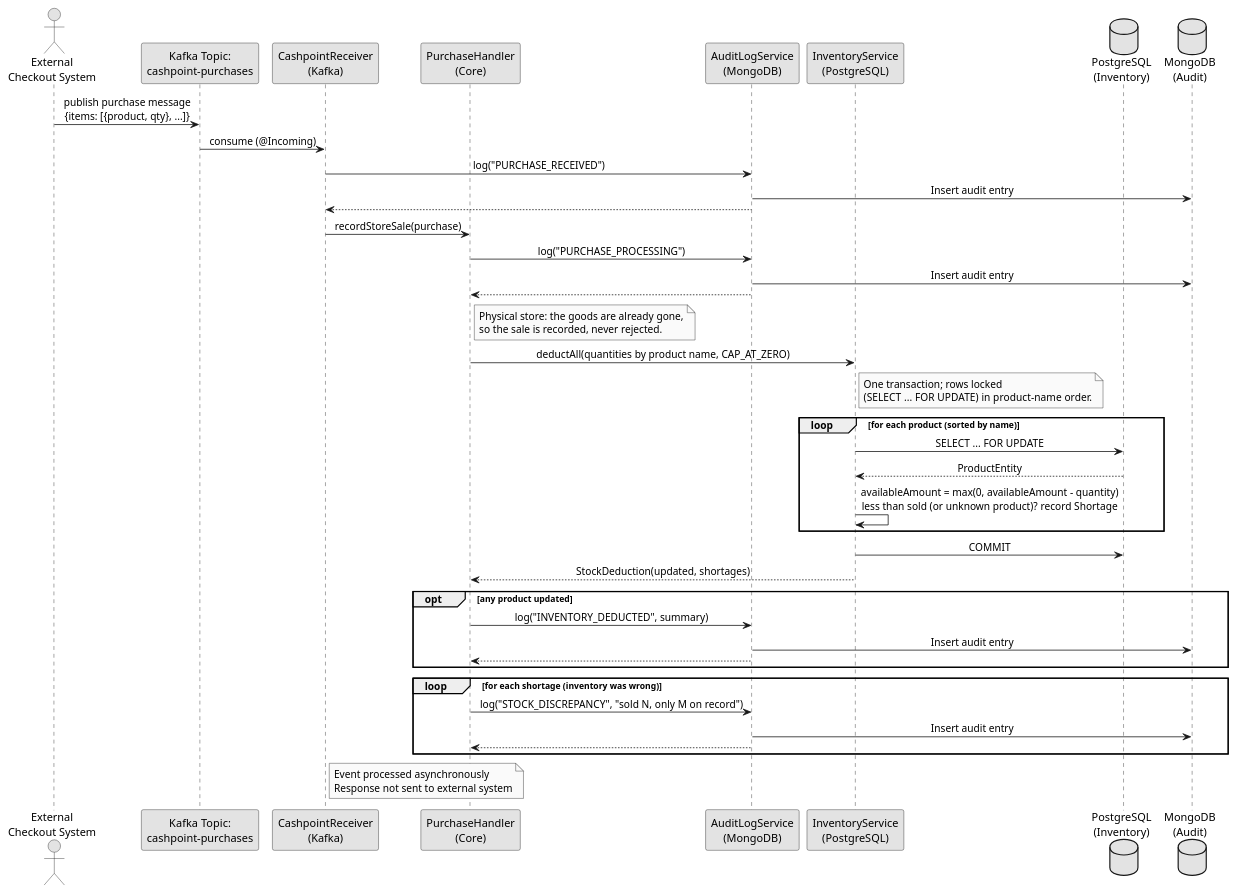
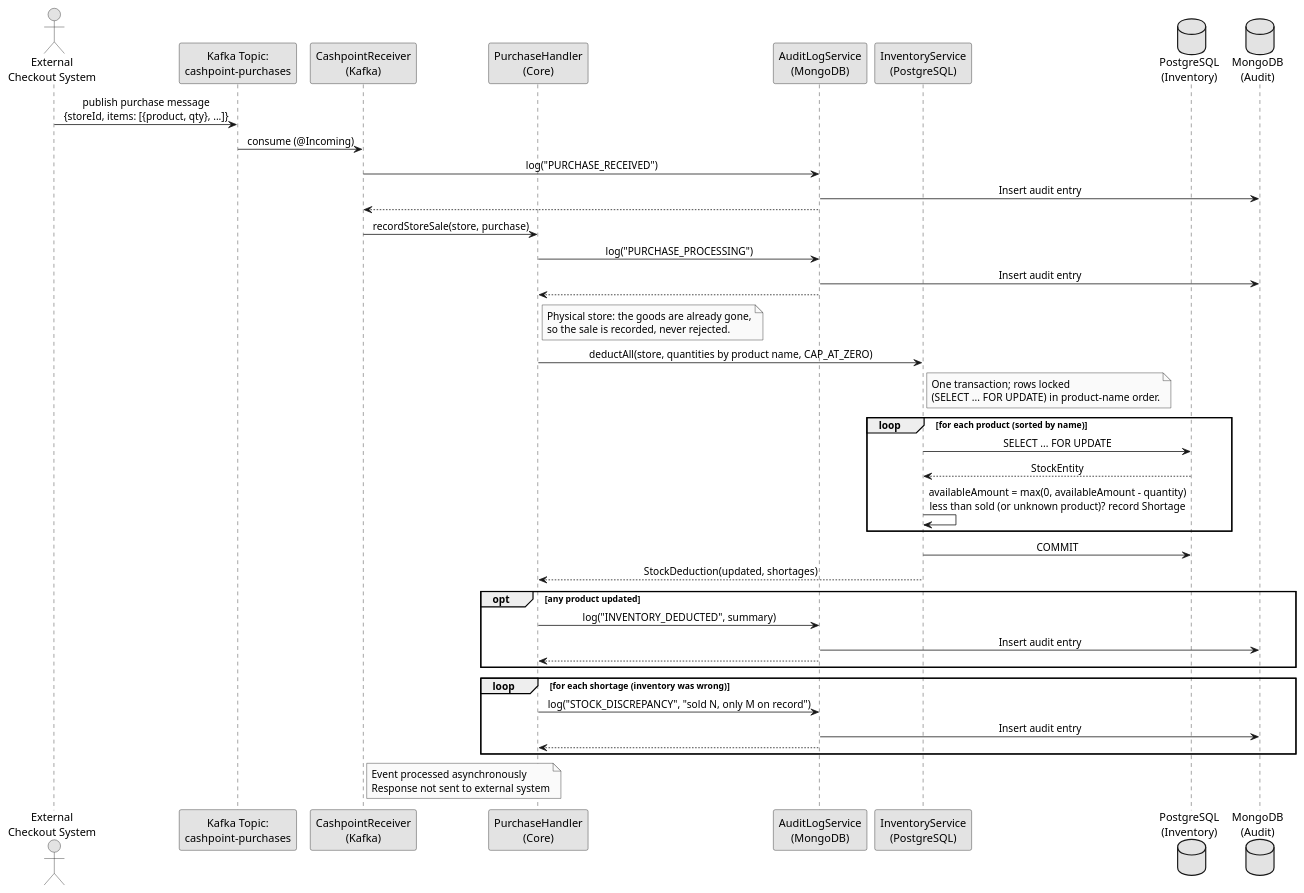
The diagram in docs/architecture/flows/cashpoint-purchase-event.puml (svene/2026-07-26_quarkus-hexagon-demo-mm-per-tech), drawn with PlantUML before and after one commit. The commit also changed 103 other files, not shown here.

```diff
--- a/docs/architecture/flows/cashpoint-purchase-event.puml
+++ b/docs/architecture/flows/cashpoint-purchase-event.puml
@@ -1,59 +1,59 @@
 @startuml cashpoint_purchase_event
 skinparam monochrome true
 skinparam sequenceMessageAlign center
 skinparam backgroundColor #ffffff
 
 actor "External\nCheckout System" as external
 participant "Kafka Topic:\ncashpoint-purchases" as kafka
 participant "CashpointReceiver\n(Kafka)" as receiver
 participant "PurchaseHandler\n(Core)" as handler
 participant "AuditLogService\n(MongoDB)" as audit
 participant "InventoryService\n(PostgreSQL)" as inventory
 database "PostgreSQL\n(Inventory)" as db_inv
 database "MongoDB\n(Audit)" as db_audit
 
-external -> kafka: publish purchase message\n{items: [{product, qty}, ...]}
+external -> kafka: publish purchase message\n{storeId, items: [{product, qty}, ...]}
 
 kafka -> receiver: consume (@Incoming)
 receiver -> audit: log("PURCHASE_RECEIVED")
 audit -> db_audit: Insert audit entry
 audit --> receiver
-receiver -> handler: recordStoreSale(purchase)
+receiver -> handler: recordStoreSale(store, purchase)
 handler -> audit: log("PURCHASE_PROCESSING")
 audit -> db_audit: Insert audit entry
 audit --> handler
 
 note right of handler
   Physical store: the goods are already gone,
   so the sale is recorded, never rejected.
 end note
-handler -> inventory: deductAll(quantities by product name, CAP_AT_ZERO)
+handler -> inventory: deductAll(store, quantities by product name, CAP_AT_ZERO)
 note right of inventory
   One transaction; rows locked
   (SELECT ... FOR UPDATE) in product-name order.
 end note
 loop for each product (sorted by name)
   inventory -> db_inv: SELECT ... FOR UPDATE
-  db_inv --> inventory: ProductEntity
+  db_inv --> inventory: StockEntity
   inventory -> inventory: availableAmount = max(0, availableAmount - quantity)\nless than sold (or unknown product)? record Shortage
 end
 inventory -> db_inv: COMMIT
 inventory --> handler: StockDeduction(updated, shortages)
 
 opt any product updated
   handler -> audit: log("INVENTORY_DEDUCTED", summary)
   audit -> db_audit: Insert audit entry
   audit --> handler
 end
 loop for each shortage (inventory was wrong)
   handler -> audit: log("STOCK_DISCREPANCY", "sold N, only M on record")
   audit -> db_audit: Insert audit entry
   audit --> handler
 end
 
 note right of receiver
   Event processed asynchronously
   Response not sent to external system
 end note
 
 @enduml
```
